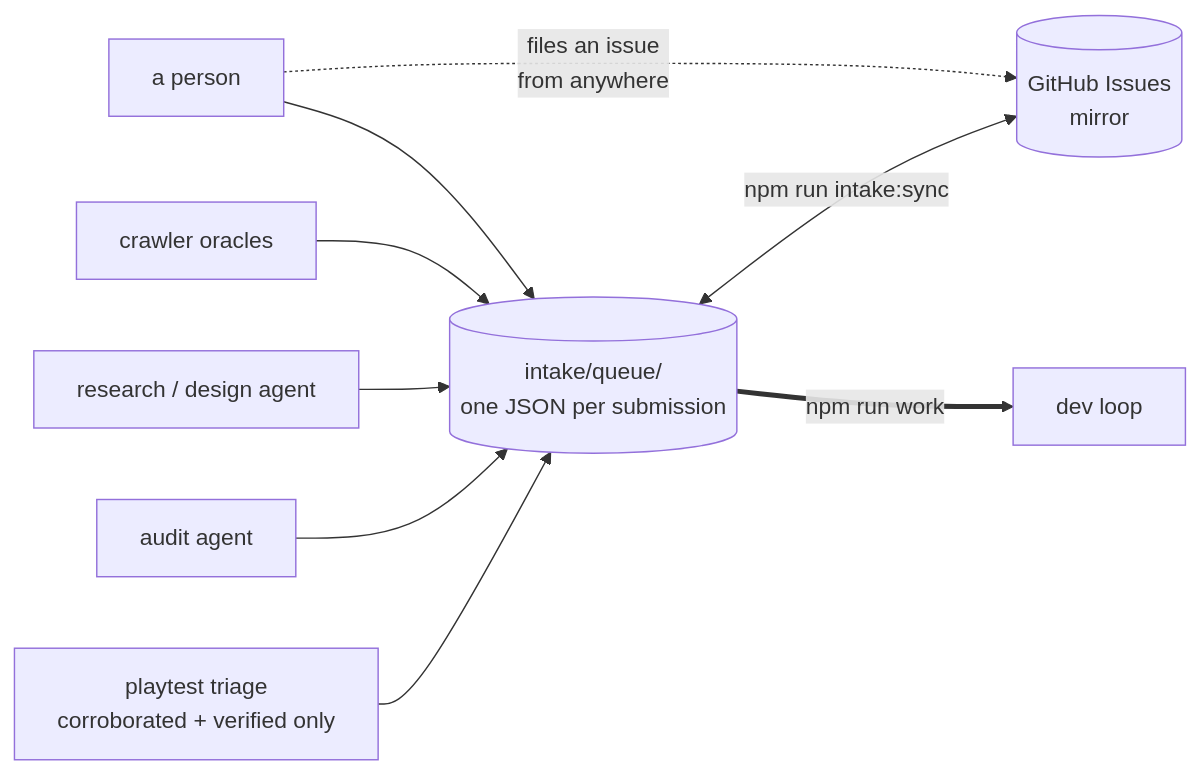
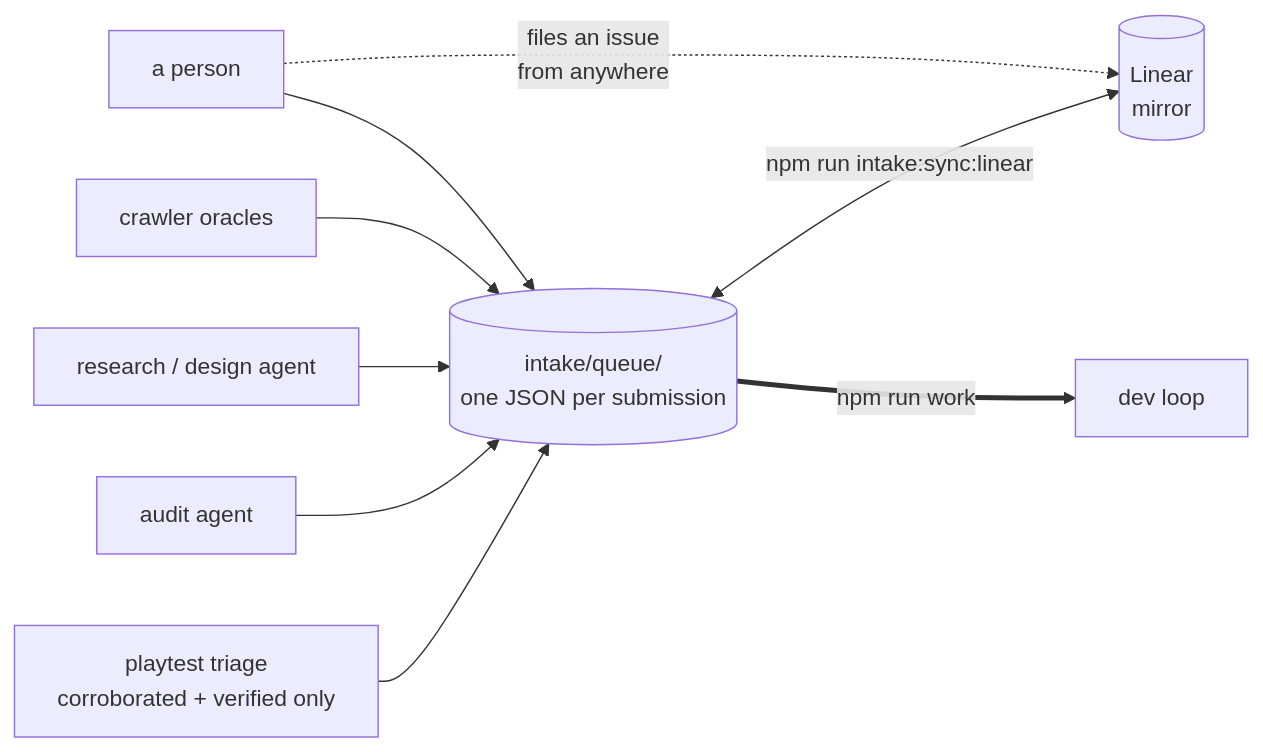
One commit to michaelcrosato/adventureforge changed the second of 2 diagrams in docs/two_loop_workflow.md. Above: the diagram before and after it, drawn with Mermaid. The commit also changed other lines of this file and 712 other files, not shown here.

````diff
--- a/docs/two_loop_workflow.md
+++ b/docs/two_loop_workflow.md
@@ -237,11 +237,11 @@
 ```mermaid
 flowchart LR
     P["playtest triage<br/>corroborated + verified only"] --> Q
     A["audit agent"] --> Q
     R["research / design agent"] --> Q
     C["crawler oracles"] --> Q
     H["a person"] --> Q[("intake/queue/<br/>one JSON per submission")]
-    Q <-->|"npm run intake:sync"| GH[("GitHub Issues<br/>mirror")]
-    H -.->|"files an issue<br/>from anywhere"| GH
+    Q <-->|"npm run intake:sync:linear"| LIN[("Linear<br/>mirror")]
+    H -.->|"files an issue<br/>from anywhere"| LIN
     Q ==>|"npm run work"| DEV["dev loop"]
 ```
````
